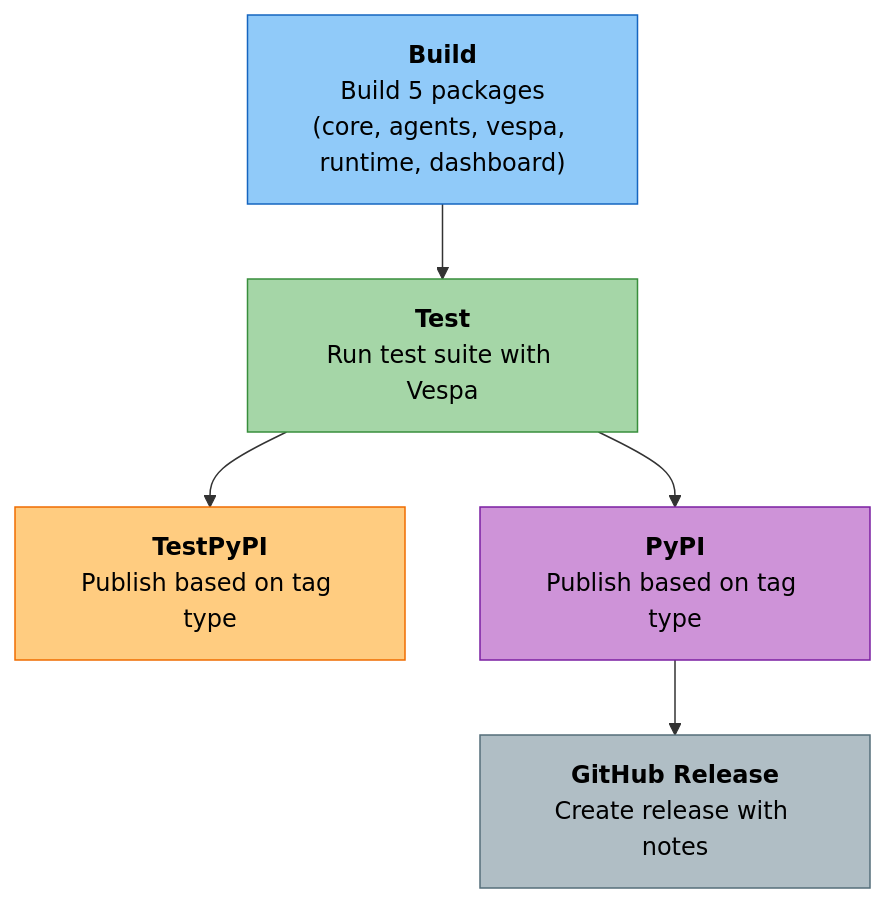
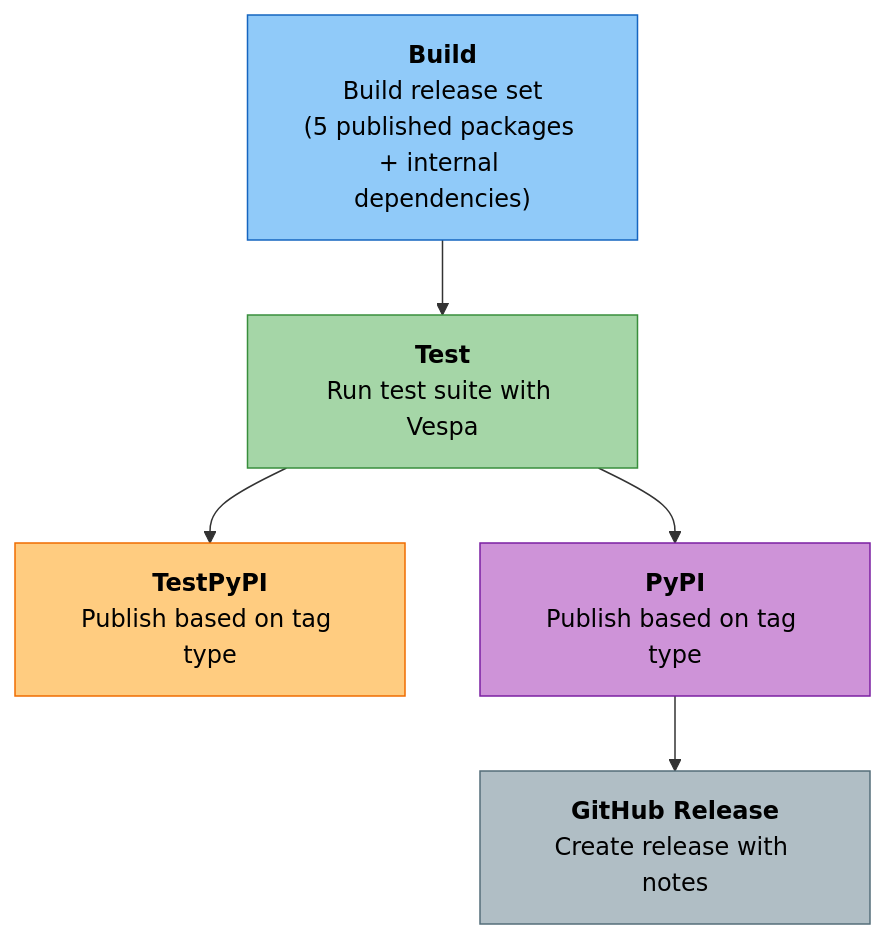
The second of 2 diagrams in docs/development/publishing-guide.md (amit-jain/cogniverse), drawn with Mermaid before and after one commit. The commit also changed other lines of this file and 4 other files, not shown here.

````diff
--- a/docs/development/publishing-guide.md
+++ b/docs/development/publishing-guide.md
@@ -611,19 +618,19 @@
 ```mermaid
 flowchart TD
-    A["<span style='color:#000'><b>Build</b><br/>Build 5 packages<br/>(core, agents, vespa, runtime, dashboard)</span>"]
+    A["<span style='color:#000'><b>Build</b><br/>Build release set<br/>(5 published packages + internal dependencies)</span>"]
     B["<span style='color:#000'><b>Test</b><br/>Run test suite with Vespa</span>"]
     C["<span style='color:#000'><b>TestPyPI</b><br/>Publish based on tag type</span>"]
     D["<span style='color:#000'><b>PyPI</b><br/>Publish based on tag type</span>"]
     E["<span style='color:#000'><b>GitHub Release</b><br/>Create release with notes</span>"]
 
     A --> B
     B --> C
     B --> D
     D --> E
 
     style A fill:#90caf9,stroke:#1565c0,color:#000
     style B fill:#a5d6a7,stroke:#388e3c,color:#000
     style C fill:#ffcc80,stroke:#ef6c00,color:#000
     style D fill:#ce93d8,stroke:#7b1fa2,color:#000
     style E fill:#b0bec5,stroke:#546e7a,color:#000
 ```
````
